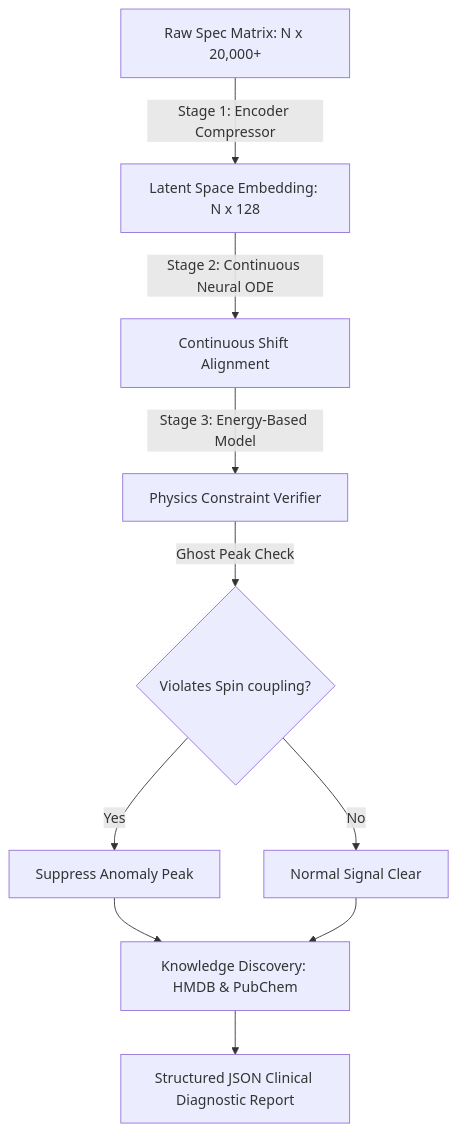
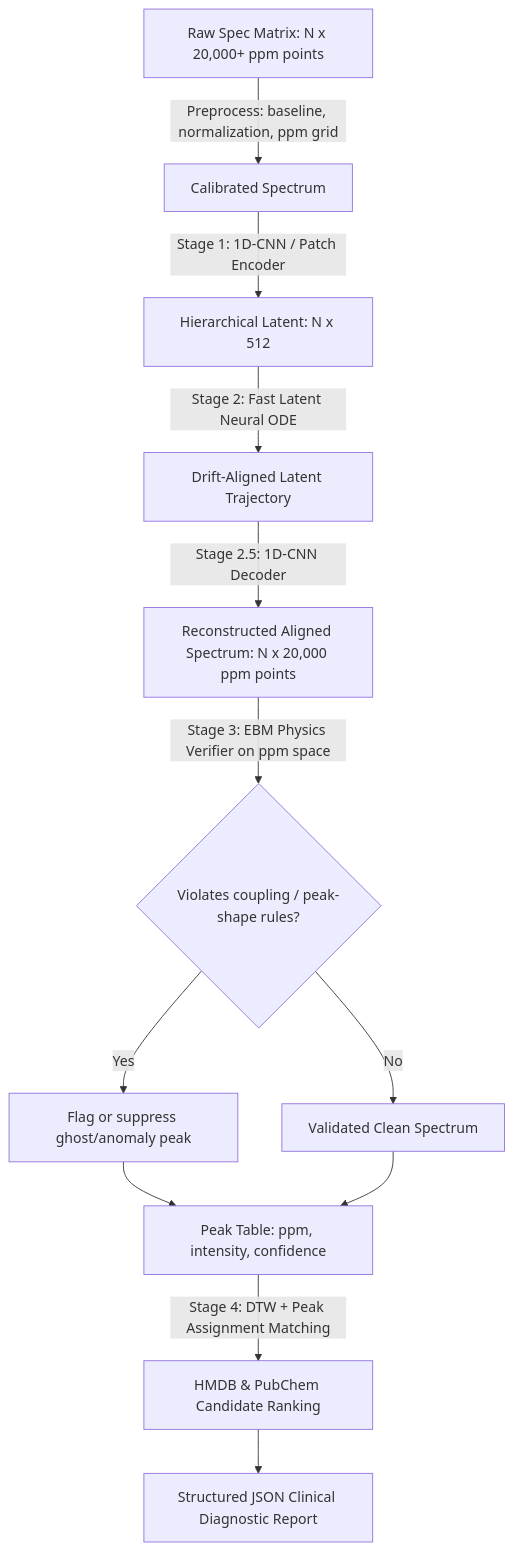
The diagram in MANUAL_TH.md (Eakkachad/NMR_prototype), drawn with Mermaid before and after one commit. The commit also changed other lines of this file and 26 other files, not shown here.

````diff
--- a/MANUAL_TH.md
+++ b/MANUAL_TH.md
@@ -14,12 +14,14 @@
 ```mermaid
 graph TD
-    A[Raw Spec Matrix: N x 20,000+] -->|Stage 1: Encoder Compressor| B[Latent Space Embedding: N x 128]
-    B -->|Stage 2: Continuous Neural ODE| C[Continuous Shift Alignment]
-    C -->|Stage 3: Energy-Based Model| D[Physics Constraint Verifier]
-    D -->|Ghost Peak Check| E{Violates Spin coupling?}
-    E -->|Yes| F[Suppress Anomaly Peak]
-    E -->|No| G[Normal Signal Clear]
-    F --> H[Knowledge Discovery: HMDB & PubChem]
-    G --> H
-    H --> I[Structured JSON Clinical Diagnostic Report]
+    A[Raw Spec Matrix: N x 20,000+ ppm points] -->|Preprocess: baseline, normalization, ppm grid| B[Calibrated Spectrum]
+    B -->|Stage 1: 1D-CNN / Patch Encoder| C[Hierarchical Latent: N x 512]
+    C -->|Stage 2: Fast Latent Neural ODE| D[Drift-Aligned Latent Trajectory]
+    D -->|Stage 2.5: 1D-CNN Decoder| E[Reconstructed Aligned Spectrum: N x 20,000 ppm points]
+    E -->|Stage 3: EBM Physics Verifier on ppm space| F{Violates coupling / peak-shape rules?}
+    F -->|Yes| G[Flag or suppress ghost/anomaly peak]
+    F -->|No| H[Validated Clean Spectrum]
+    G --> I[Peak Table: ppm, intensity, confidence]
+    H --> I
+    I -->|Stage 4: DTW + Peak Assignment Matching| J[HMDB & PubChem Candidate Ranking]
+    J --> K[Structured JSON Clinical Diagnostic Report]
 ```
````
